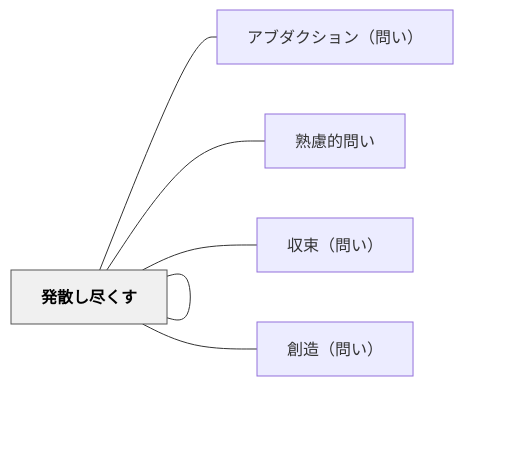
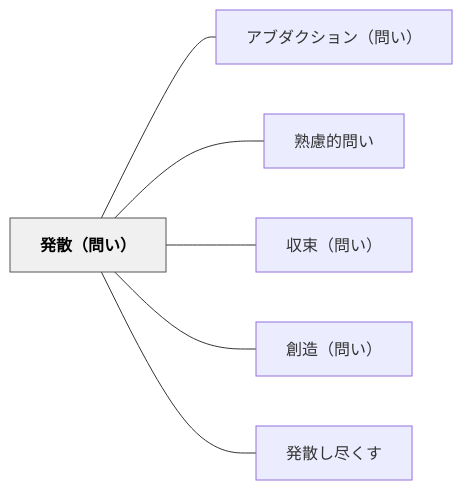
Before and after one commit to unknownthings-ed-patterns/unknownthings-ed-patterns: the diagram in content/パタン/発散（問い）.md, drawn with Mermaid. The commit also changed 527 other files, not shown here.

````diff
--- a/content/パタン/発散（問い）.md
+++ b/content/パタン/発散（問い）.md
@@ -49,18 +49,18 @@
 ```mermaid
 flowchart LR
-    ne799bae695a3["発散（問い）"]
-    ne382a2e38396["アブダクション（問い）"]
-    ne7869fe685ae["熟慮的問い"]
-    ne58f8ee69d9f["収束（問い）"]
-    ne589b5e980a0["創造（問い）"]
-    ne799bae695a3["発散し尽くす"]
+    ne799bae695a3efbc88e5958fe38184efbc89["発散（問い）"]
+    ne382a2e38396e38380e382afe382b7e383a7e383b3efbc88e5958fe38184efbc89["アブダクション（問い）"]
+    ne7869fe685aee79a84e5958fe38184["熟慮的問い"]
+    ne58f8ee69d9fefbc88e5958fe38184efbc89["収束（問い）"]
+    ne589b5e980a0efbc88e5958fe38184efbc89["創造（問い）"]
+    ne799bae695a3e38197e5b0bde3818fe38199["発散し尽くす"]
 
-    ne799bae695a3 --- ne382a2e38396
-    ne799bae695a3 --- ne7869fe685ae
-    ne799bae695a3 --- ne58f8ee69d9f
-    ne799bae695a3 --- ne589b5e980a0
-    ne799bae695a3 --- ne799bae695a3
+    ne799bae695a3efbc88e5958fe38184efbc89 --- ne382a2e38396e38380e382afe382b7e383a7e383b3efbc88e5958fe38184efbc89
+    ne799bae695a3efbc88e5958fe38184efbc89 --- ne7869fe685aee79a84e5958fe38184
+    ne799bae695a3efbc88e5958fe38184efbc89 --- ne58f8ee69d9fefbc88e5958fe38184efbc89
+    ne799bae695a3efbc88e5958fe38184efbc89 --- ne589b5e980a0efbc88e5958fe38184efbc89
+    ne799bae695a3efbc88e5958fe38184efbc89 --- ne799bae695a3e38197e5b0bde3818fe38199
 
     classDef hub fill:#f0f0f0,stroke:#555,color:#000,font-weight:bold
-    class ne799bae695a3 hub
+    class ne799bae695a3efbc88e5958fe38184efbc89 hub
 ```
````
